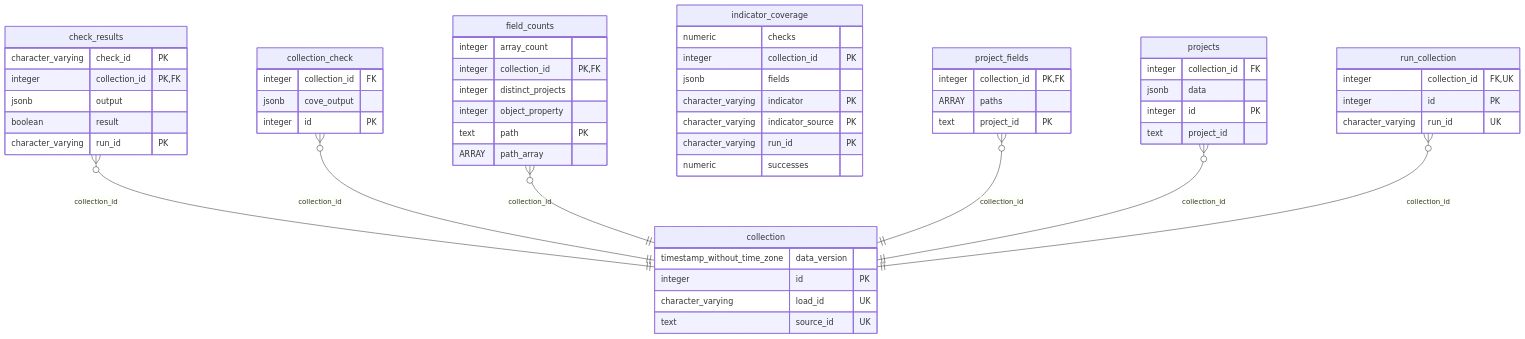
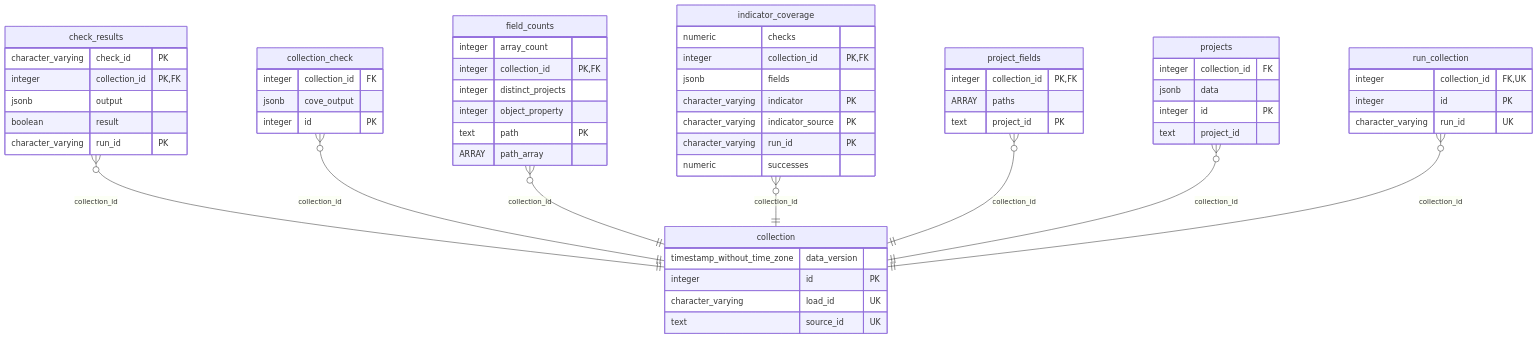
Before and after one commit to open-contracting/notebooks-oc4ids: the diagram in README.md, drawn with Mermaid. The commit also changed other lines of this file, not shown here.

Commit message:
README.md: Update entity relationship diagram

````diff
--- a/README.md
+++ b/README.md
@@ -27,68 +27,70 @@
 ```mermaid
 erDiagram
     check_results {
         character_varying check_id PK 
         integer collection_id PK,FK 
         jsonb output 
         boolean result 
         character_varying run_id PK 
     }
 
     collection {
         timestamp_without_time_zone data_version 
         integer id PK 
         character_varying load_id UK 
         text source_id UK 
     }
 
     collection_check {
         integer collection_id FK 
         jsonb cove_output 
         integer id PK 
     }
 
     field_counts {
         integer array_count 
         integer collection_id PK,FK 
         integer distinct_projects 
         integer object_property 
         text path PK 
         ARRAY path_array 
     }
 
     indicator_coverage {
         numeric checks 
-        integer collection_id PK 
+        integer collection_id PK,FK 
         jsonb fields 
         character_varying indicator PK 
         character_varying indicator_source PK 
         character_varying run_id PK 
         numeric successes 
     }
 
     project_fields {
         integer collection_id PK,FK 
         ARRAY paths 
         text project_id PK 
     }
 
     projects {
         integer collection_id FK 
         jsonb data 
         integer id PK 
         text project_id 
     }
 
     run_collection {
         integer collection_id FK,UK 
         integer id PK 
         character_varying run_id UK 
     }
 
     check_results }o--|| collection : "collection_id"
     collection_check }o--|| collection : "collection_id"
     field_counts }o--|| collection : "collection_id"
+    indicator_coverage }o--|| collection : "collection_id"
     project_fields }o--|| collection : "collection_id"
     projects }o--|| collection : "collection_id"
     run_collection }o--|| collection : "collection_id"
+
 ```
````
